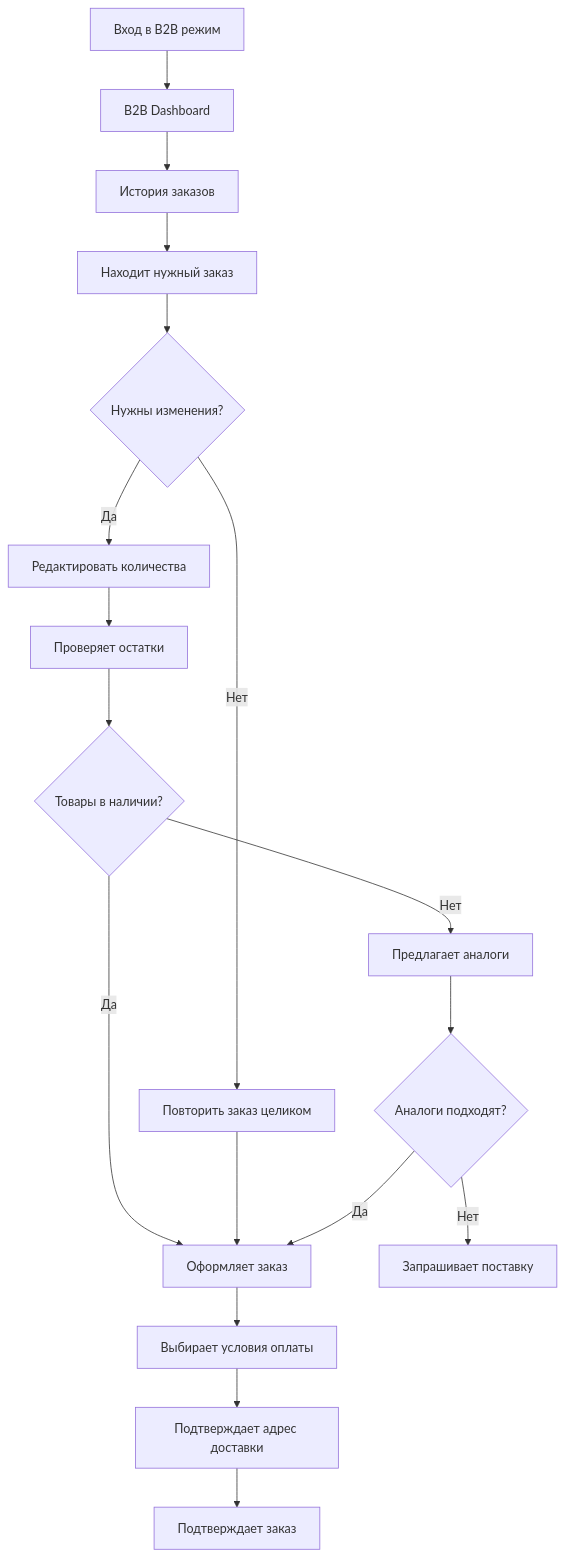
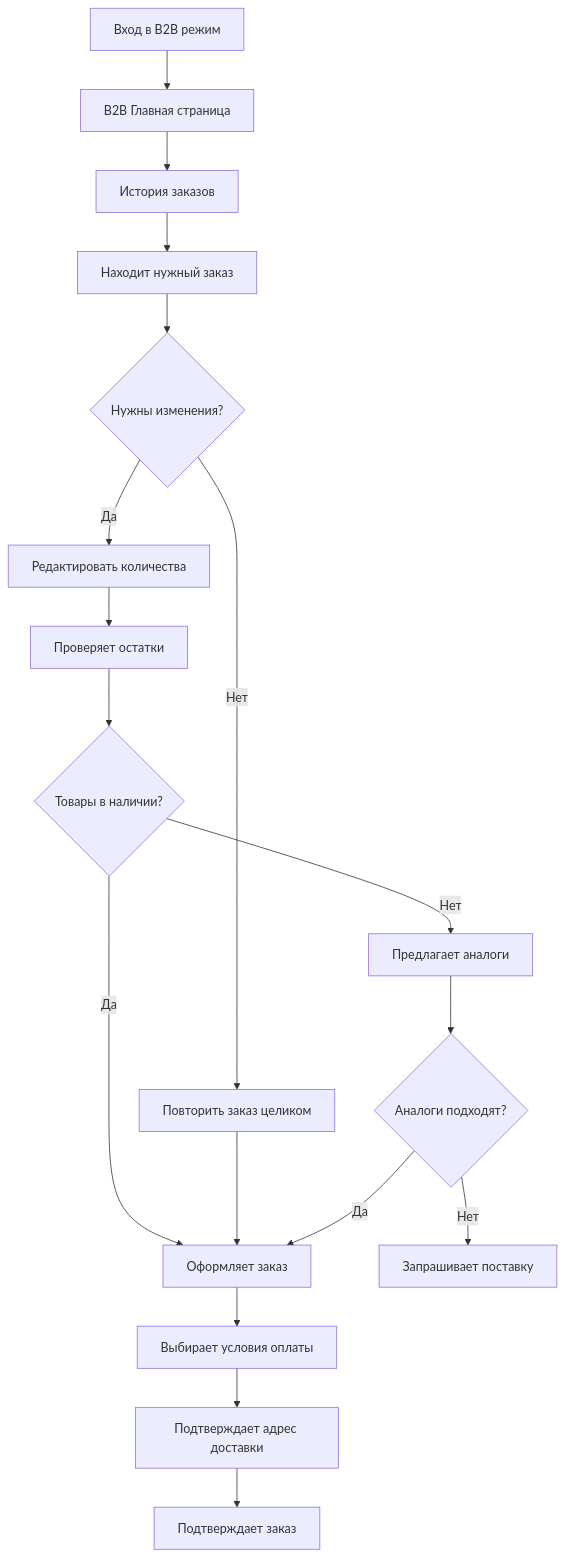
One commit to AlexMobiCraft/FREESPORT changed the second of 2 diagrams in docs/front-end-spec.md. Above: the diagram before and after it, drawn with Mermaid. The commit also changed other lines of this file and 4 other files, not shown here.

````diff
--- a/docs/front-end-spec.md
+++ b/docs/front-end-spec.md
@@ -333,24 +333,24 @@
 ```mermaid
 flowchart TD
-    A[Вход в B2B режим] --> B[B2B Dashboard]
+    A[Вход в B2B режим] --> B[B2B Главная страница]
     B --> C[История заказов]
     C --> D[Находит нужный заказ]
     D --> E{Нужны изменения?}
 
     E -->|Нет| F[Повторить заказ целиком]
     E -->|Да| G[Редактировать количества]
 
     G --> H[Проверяет остатки]
     H --> I{Товары в наличии?}
     I -->|Да| K[Оформляет заказ]
     I -->|Нет| J[Предлагает аналоги]
 
     F --> K
     J --> L{Аналоги подходят?}
     L -->|Нет| M[Запрашивает поставку]
     L -->|Да| K
 
     K --> N[Выбирает условия оплаты]
     N --> O[Подтверждает адрес доставки]
     O --> P[Подтверждает заказ]
 ```
````
